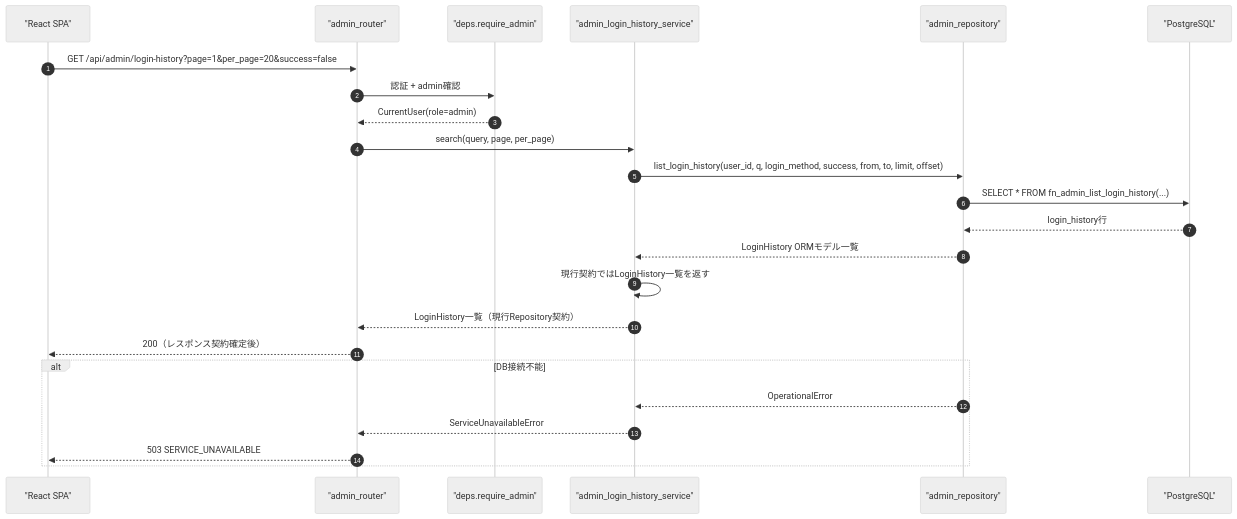
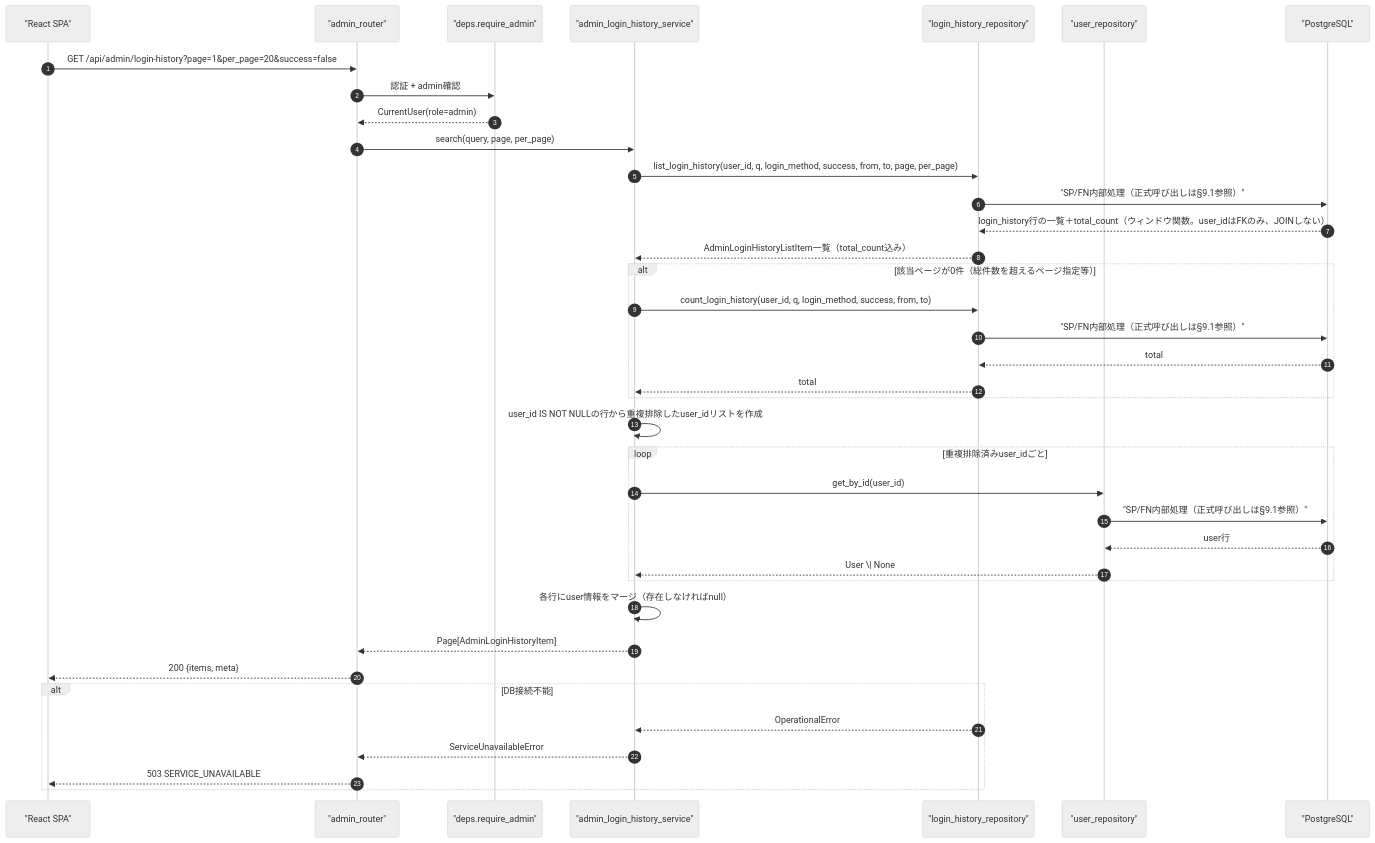
The first of 4 diagrams in docs/detailed_design/api/admin/07_get_admin_login_history.md (oikawa-d/task_management), drawn with Mermaid (neutral theme) before and after one commit. The commit also changed other lines of this file and 28 other files, not shown here.

````diff
--- a/docs/detailed_design/api/admin/07_get_admin_login_history.md
+++ b/docs/detailed_design/api/admin/07_get_admin_login_history.md
@@ -103,27 +101,41 @@
 ```mermaid
 sequenceDiagram
     autonumber
     participant FE as "React SPA"
     participant R as "admin_router"
     participant D as "deps.require_admin"
     participant S as "admin_login_history_service"
-    participant ARP as "admin_repository"
+    participant LRP as "login_history_repository"
+    participant URP as "user_repository"
     participant PG as "PostgreSQL"
 
     FE->>R: GET /api/admin/login-history?page=1&per_page=20&success=false
     R->>D: 認証 + admin確認
     D-->>R: CurrentUser(role=admin)
     R->>S: search(query, page, per_page)
-    S->>ARP: list_login_history(user_id, q, login_method, success, from, to, limit, offset)
-    ARP->>PG: SELECT * FROM fn_admin_list_login_history(...)
-    PG-->>ARP: login_history行
-    ARP-->>S: LoginHistory ORMモデル一覧
-    S->>S: 現行契約ではLoginHistory一覧を返す
-    S-->>R: LoginHistory一覧（現行Repository契約）
-    R-->>FE: 200（レスポンス契約確定後）
+    S->>LRP: list_login_history(user_id, q, login_method, success, from, to, page, per_page)
+    LRP->>PG: "SP/FN内部処理（正式呼び出しは§9.1参照）"
+    PG-->>LRP: login_history行の一覧＋total_count（ウィンドウ関数。user_idはFKのみ、JOINしない）
+    LRP-->>S: AdminLoginHistoryListItem一覧（total_count込み）
+    alt 該当ページが0件（総件数を超えるページ指定等）
+        S->>LRP: count_login_history(user_id, q, login_method, success, from, to)
+        LRP->>PG: "SP/FN内部処理（正式呼び出しは§9.1参照）"
+        PG-->>LRP: total
+        LRP-->>S: total
+    end
+    S->>S: user_id IS NOT NULLの行から重複排除したuser_idリストを作成
+    loop 重複排除済みuser_idごと
+        S->>URP: get_by_id(user_id)
+        URP->>PG: "SP/FN内部処理（正式呼び出しは§9.1参照）"
+        PG-->>URP: user行
+        URP-->>S: User \| None
+    end
+    S->>S: 各行にuser情報をマージ（存在しなければnull）
+    S-->>R: Page[AdminLoginHistoryItem]
+    R-->>FE: 200 {items, meta}
     alt DB接続不能
-        ARP-->>S: OperationalError
+        LRP-->>S: OperationalError
         S-->>R: ServiceUnavailableError
         R-->>FE: 503 SERVICE_UNAVAILABLE
     end
 ```
````
